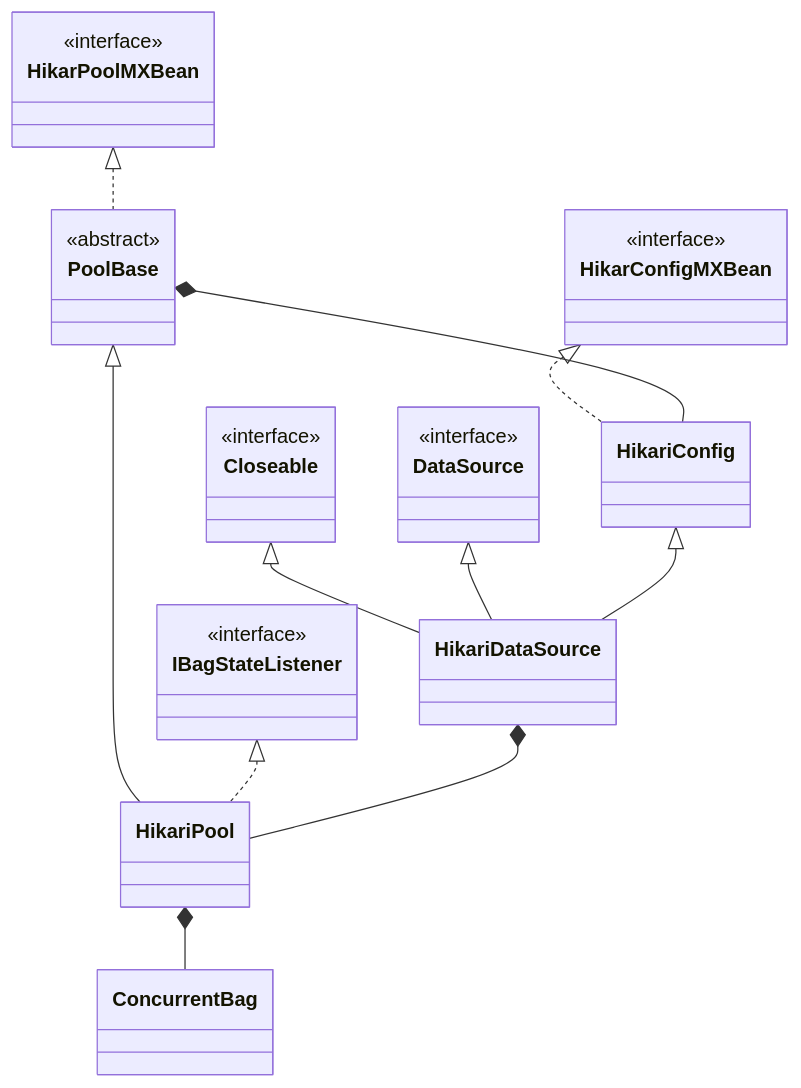
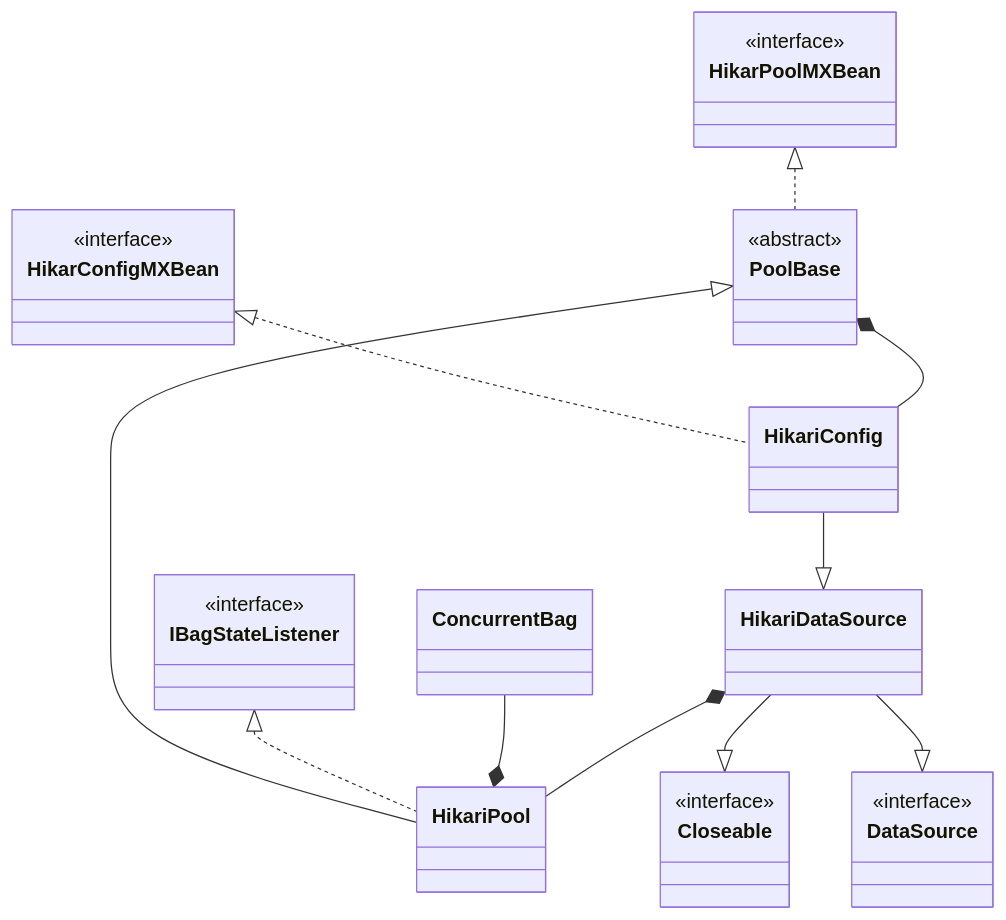
The diagram in hikaricp/index.md (qnqnckck/qnqnckck.github.io), drawn with Mermaid before and after one commit. The commit also changed other lines of this file and 2 other files, not shown here.

```diff
--- a/hikaricp/index.md
+++ b/hikaricp/index.md
@@ -23,23 +20,24 @@
 {{< mermaid >}}
 classDiagram
+	HikarConfigMXBean <|.. HikariConfig
+	HikarPoolMXBean <|.. PoolBase
+	HikariConfig --|> HikariDataSource
 	PoolBase <|-- HikariPool
-	Closeable <|-- HikariDataSource
 	IBagStateListener <|.. HikariPool
-	DataSource <|-- HikariDataSource
-	HikariPool *-- ConcurrentBag
-	HikariConfig <|-- HikariDataSource
-	HikarPoolMXBean <|.. PoolBase
-	HikarConfigMXBean <|.. HikariConfig
+	ConcurrentBag --* HikariPool
+
+	HikariDataSource --|> Closeable
+	HikariDataSource --|> DataSource
 	HikariDataSource *-- HikariPool
 	PoolBase *-- HikariConfig
 	class HikariConfig
 	class HikariPool
 	class ConcurrentBag
 	class HikarConfigMXBean{<<interface>>}
 	class HikarPoolMXBean{<<interface>>}
 	class IBagStateListener{<<interface>>}
 	class Closeable{<<interface>>}
 	class DataSource{<<interface>>}
 	class HikariDataSource
 	class PoolBase{<<abstract>>}
 {{< /mermaid >}}
```
